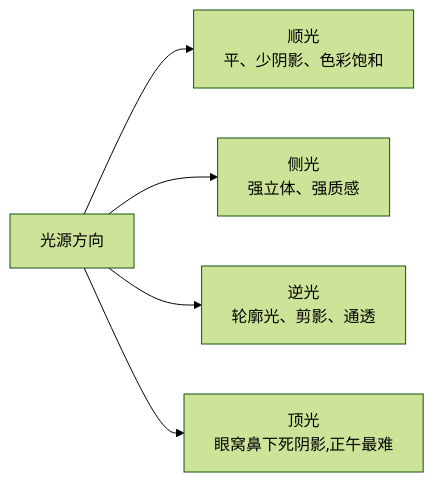
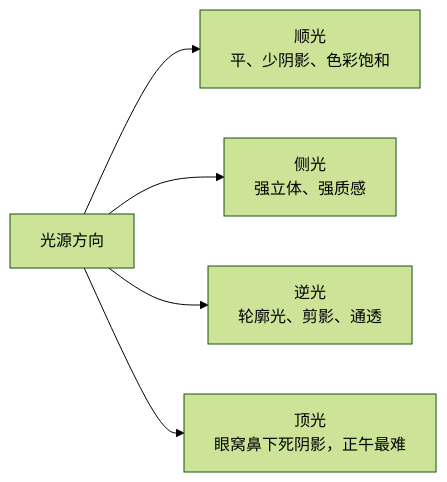
Before and after one commit to yingwang/photography-book: the first of 3 diagrams in docs/02-light.md, drawn with Mermaid (forest theme). The commit also changed other lines of this file and 7 other files, not shown here.

````diff
--- a/docs/02-light.md
+++ b/docs/02-light.md
@@ -35,7 +35,7 @@
 ```mermaid
 graph LR
   L["光源方向"] --> A["顺光<br/>平、少阴影、色彩饱和"]
   L --> B["侧光<br/>强立体、强质感"]
   L --> C["逆光<br/>轮廓光、剪影、通透"]
-  L --> D["顶光<br/>眼窝鼻下死阴影,正午最难"]
+  L --> D["顶光<br/>眼窝鼻下死阴影，正午最难"]
 ```
````
